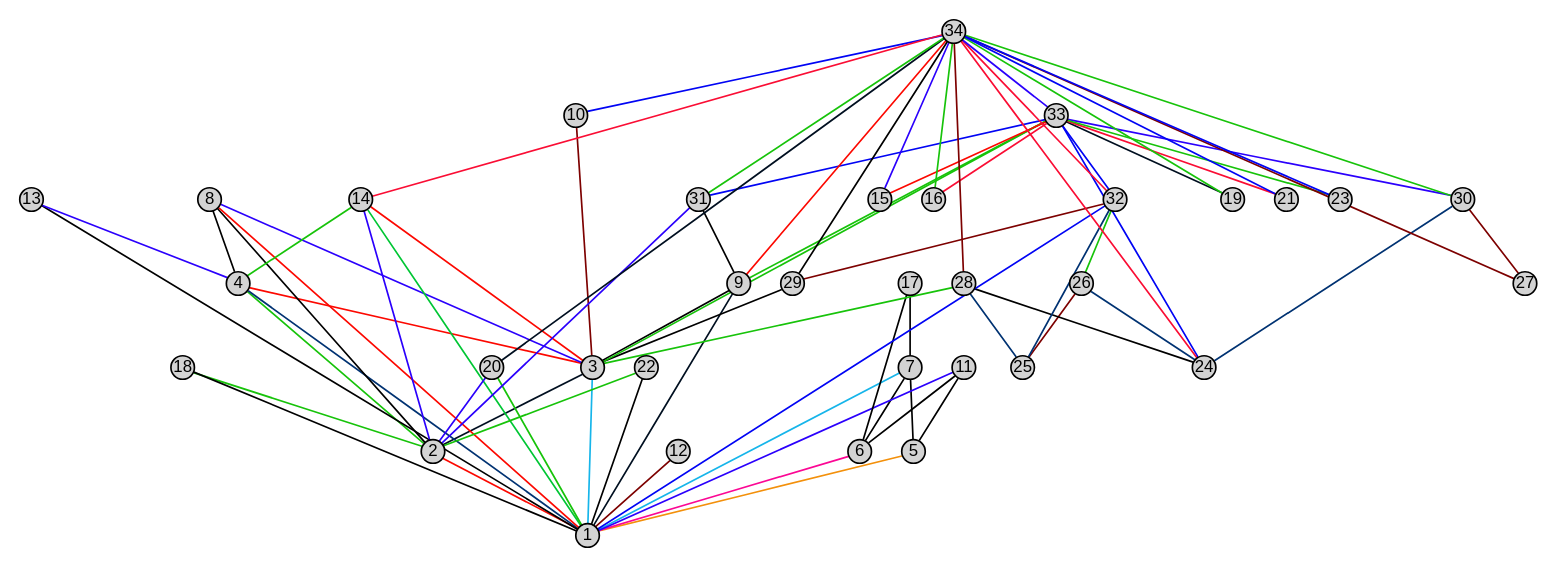
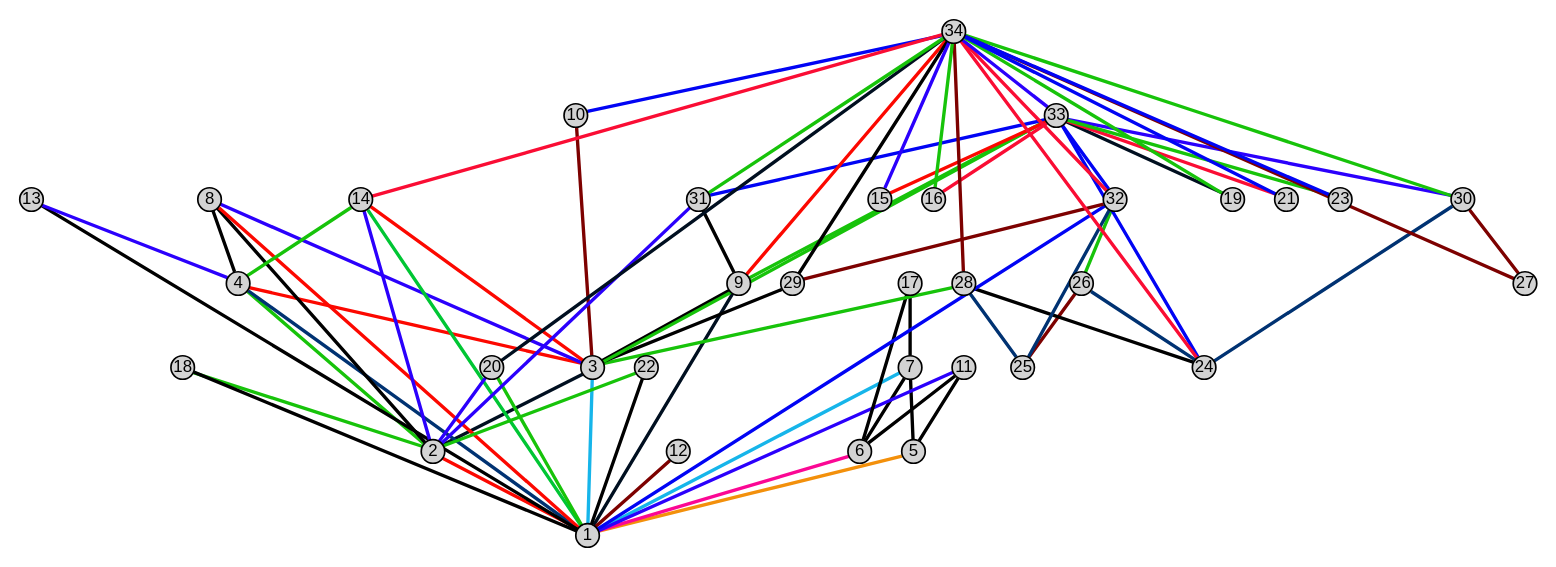
The diagram in FDP/ZKCFDP_Coloured.gv (liamfotheringham/MSc-Project), drawn with Graphviz before and after one commit. The commit also changed 7 other files, not shown here.

Commit message:
Changes to FDP graphs

```diff
--- a/FDP/ZKCFDP_Coloured.gv
+++ b/FDP/ZKCFDP_Coloured.gv
@@ -1,197 +1,197 @@
 graph G {
 	graph [K=1,
 		bb="0,0,436.87,217.32",
 		outputorder=edgesfirst,
 		splines=line
 	];
 	node [fixedsize=true,
 		fontname=Arial,
 		fontsize=10,
 		label="\N",
 		shape=circle,
 		style=filled
 	];
 	edge [arrowhead=none,
-		penwidth=1
+		penwidth=2
 	];
 	2	[height=0.19444,
 		pos="208.27,136.74",
 		width=0.19444];
 	1	[height=0.19444,
 		pos="164.11,110.71",
 		width=0.19444];
 	2 -- 1	[color="#fc0800"];
 	3	[height=0.19444,
 		pos="258.98,119.05",
 		width=0.19444];
 	3 -- 2	[color="#000f20"];
 	3 -- 1	[color="#16b5ea"];
 	4	[height=0.19444,
 		pos="181.51,140.94",
 		width=0.19444];
 	4 -- 2	[color="#17c30a"];
 	4 -- 1	[color="#003272"];
 	4 -- 3	[color="#fc0800"];
 	5	[height=0.19444,
 		pos="87.531,95.613",
 		width=0.19444];
 	5 -- 1	[color="#f3900b"];
 	6	[height=0.19444,
 		pos="54.791,91.192",
 		width=0.19444];
 	6 -- 1	[color="#fb0794"];
 	7	[height=0.19444,
 		pos="67.938,64.789",
 		width=0.19444];
 	7 -- 1	[color="#16b5ea"];
 	7 -- 5	[color="#000000"];
 	7 -- 6	[color="#000000"];
 	8	[height=0.19444,
 		pos="191.57,99.981",
 		width=0.19444];
 	8 -- 2	[color="#000000"];
 	8 -- 1	[color="#fc0800"];
 	8 -- 3	[color="#2b00fc"];
 	8 -- 4	[color="#000000"];
 	9	[height=0.19444,
 		pos="272.23,84.961",
 		width=0.19444];
 	9 -- 1	[color="#000f20"];
 	9 -- 3	[color="#000000"];
 	10	[height=0.19444,
 		pos="296.82,46.664",
 		width=0.19444];
 	10 -- 3	[color="#7d0100"];
 	11	[height=0.19444,
 		pos="71.66,126.35",
 		width=0.19444];
 	11 -- 1	[color="#2b00fc"];
 	11 -- 5	[color="#000000"];
 	11 -- 6	[color="#000000"];
 	12	[height=0.19444,
 		pos="119.23,31.78",
 		width=0.19444];
 	12 -- 1	[color="#7d0100"];
 	13	[height=0.19444,
 		pos="113.71,159.94",
 		width=0.19444];
 	13 -- 1	[color="#000000"];
 	13 -- 4	[color="#2b00fc"];
 	14	[height=0.19444,
 		pos="234.89,117.04",
 		width=0.19444];
 	14 -- 2	[color="#2b00fc"];
 	14 -- 1	[color="#00c634"];
 	14 -- 3	[color="#fc0800"];
 	14 -- 4	[color="#17c30a"];
 	17	[height=0.19444,
 		pos="7,53.953",
 		width=0.19444];
 	17 -- 6	[color="#000000"];
 	17 -- 7	[color="#000000"];
 	18	[height=0.19444,
 		pos="143.47,170.23",
 		width=0.19444];
 	18 -- 2	[color="#17c30a"];
 	18 -- 1	[color="#000000"];
 	20	[height=0.19444,
 		pos="236.7,78.835",
 		width=0.19444];
 	20 -- 2	[color="#2b00fc"];
 	20 -- 1	[color="#17c30a"];
 	22	[height=0.19444,
 		pos="165.08,189.45",
 		width=0.19444];
 	22 -- 2	[color="#17c30a"];
 	22 -- 1	[color="#000000"];
 	26	[height=0.19444,
 		pos="366.7,171.77",
 		width=0.19444];
 	24	[height=0.19444,
 		pos="381.86,121.9",
 		width=0.19444];
 	26 -- 24	[color="#003272"];
 	25	[height=0.19444,
 		pos="347.62,210.32",
 		width=0.19444];
 	26 -- 25	[color="#7d0100"];
 	28	[height=0.19444,
 		pos="337.61,154.46",
 		width=0.19444];
 	28 -- 3	[color="#17c30a"];
 	28 -- 24	[color="#000000"];
 	28 -- 25	[color="#003272"];
 	29	[height=0.19444,
 		pos="305.69,167.17",
 		width=0.19444];
 	29 -- 3	[color="#000000"];
 	30	[height=0.19444,
 		pos="382.06,54.67",
 		width=0.19444];
 	30 -- 24	[color="#003272"];
 	27	[height=0.19444,
 		pos="382.03,7",
 		width=0.19444];
 	30 -- 27	[color="#7d0100"];
 	31	[height=0.19444,
 		pos="294.28,104.25",
 		width=0.19444];
 	31 -- 2	[color="#2b00fc"];
 	31 -- 9	[color="#000000"];
 	32	[height=0.19444,
 		pos="294.97,146.05",
 		width=0.19444];
 	32 -- 1	[color="#0104f4"];
 	32 -- 26	[color="#17c30a"];
 	32 -- 25	[color="#003272"];
 	32 -- 29	[color="#7d0100"];
 	33	[height=0.19444,
 		pos="358.49,98.825",
 		width=0.19444];
 	33 -- 3	[color="#17c30a"];
 	33 -- 9	[color="#17c30a"];
 	33 -- 24	[color="#0104f4"];
 	33 -- 30	[color="#2b00fc"];
 	33 -- 31	[color="#0104f4"];
 	33 -- 32	[color="#0104f4"];
 	15	[height=0.19444,
 		pos="413.16,97.708",
 		width=0.19444];
 	33 -- 15	[color="#fc0800"];
 	16	[height=0.19444,
 		pos="411.3,141.54",
 		width=0.19444];
 	33 -- 16	[color="#fa0d34"];
 	19	[height=0.19444,
 		pos="429.87,114.57",
 		width=0.19444];
 	33 -- 19	[color="#000f20"];
 	21	[height=0.19444,
 		pos="422.91,74.826",
 		width=0.19444];
 	33 -- 21	[color="#fa0d34"];
 	23	[height=0.19444,
 		pos="405.25,41.362",
 		width=0.19444];
 	33 -- 23	[color="#17c30a"];
 	34	[height=0.19444,
 		pos="341.76,92.651",
 		width=0.19444];
 	34 -- 9	[color="#fc0800"];
 	34 -- 10	[color="#0104f4"];
 	34 -- 14	[color="#fa0d34"];
 	34 -- 20	[color="#000f20"];
 	34 -- 24	[color="#fa0d34"];
 	34 -- 28	[color="#7d0100"];
 	34 -- 29	[color="#000000"];
 	34 -- 30	[color="#17c30a"];
 	34 -- 27	[color="#7d0100"];
 	34 -- 31	[color="#17c30a"];
 	34 -- 32	[color="#fa0d34"];
 	34 -- 33	[color="#2b00fc"];
 	34 -- 15	[color="#2b00fc"];
 	34 -- 16	[color="#17c30a"];
 	34 -- 19	[color="#17c30a"];
 	34 -- 21	[color="#0104f4"];
 	34 -- 23	[color="#0104f4"];
 }
```
